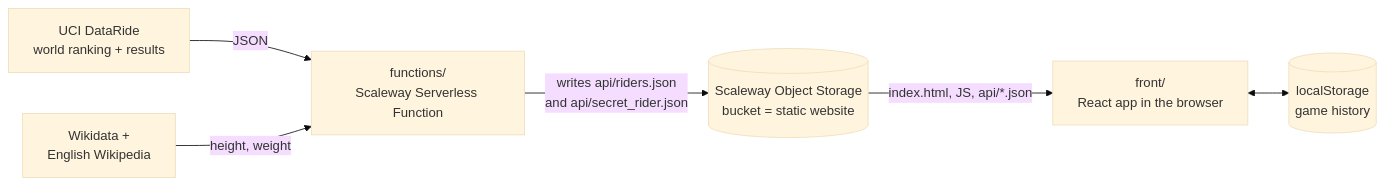
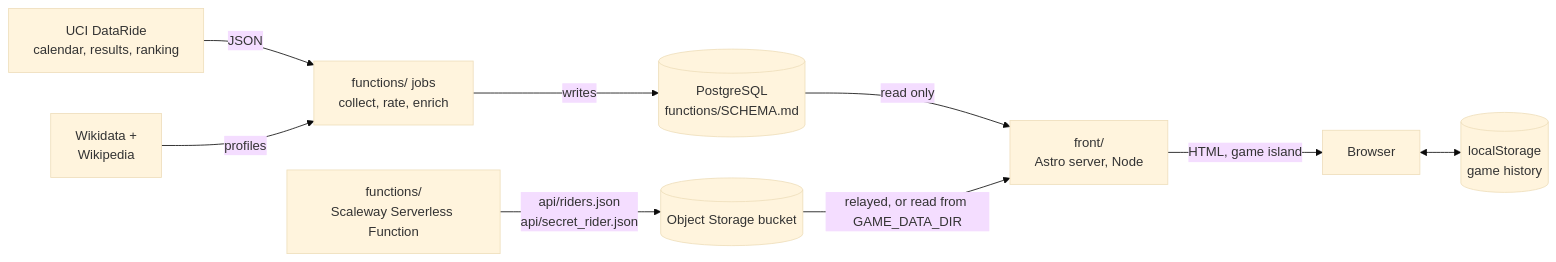
Before and after one commit to g3wis/ucicle: the diagram in README.md, drawn with Mermaid (base theme). The commit also changed other lines of this file and 162 other files, not shown here.

First line of the commit message:
feat: add the Ucicle index, rider pages and ranking on an Astro SSR site

````diff
--- a/README.md
+++ b/README.md
@@ -34,8 +54,11 @@
 ```mermaid
 flowchart LR
-  UCI[UCI DataRide<br>world ranking + results] -- JSON --> FN[functions/<br>Scaleway Serverless Function]
-  WD[Wikidata +<br>English Wikipedia] -- height, weight --> FN
-  FN -- writes api/riders.json<br>and api/secret_rider.json --> BK[(Scaleway Object Storage<br>bucket = static website)]
-  BK -- index.html, JS, api/*.json --> FR[front/<br>React app in the browser]
-  FR <--> LS[(localStorage<br>game history)]
+  UCI[UCI DataRide<br>calendar, results, ranking] -- JSON --> JOBS[functions/ jobs<br>collect, rate, enrich]
+  WD[Wikidata +<br>Wikipedia] -- profiles --> JOBS
+  JOBS -- writes --> PG[(PostgreSQL<br>functions/SCHEMA.md)]
+  PG -- read only --> SITE[front/<br>Astro server, Node]
+  FN[functions/<br>Scaleway Serverless Function] -- api/riders.json<br>api/secret_rider.json --> BK[(Object Storage bucket)]
+  BK -- relayed, or read from GAME_DATA_DIR --> SITE
+  SITE -- HTML, game island --> BR[Browser]
+  BR <--> LS[(localStorage<br>game history)]
 ```
````
